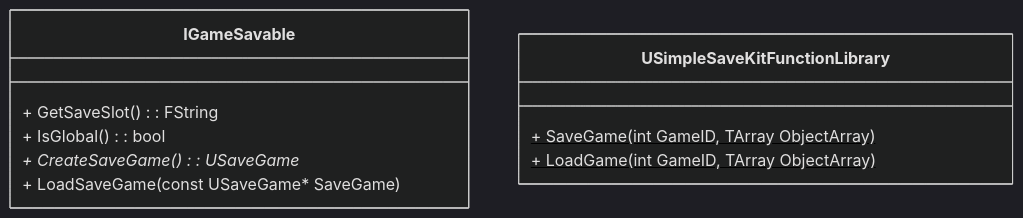
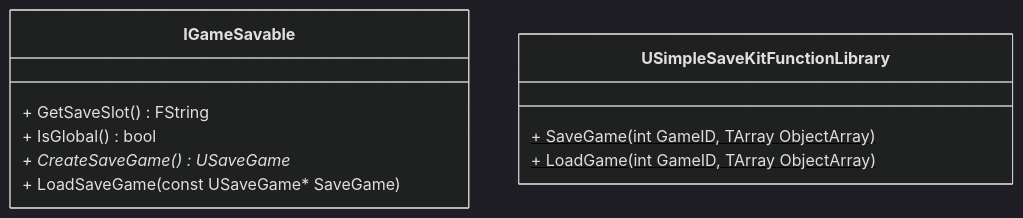
The first of 2 diagrams in _posts/UnrealProject/2025-06-28-SaveGame.md (antae714/antae714.github.io), drawn with Mermaid (dark theme) before and after one commit. The commit also changed other lines of this file and 8 other files, not shown here.

````diff
--- a/_posts/UnrealProject/2025-06-28-SaveGame.md
+++ b/_posts/UnrealProject/2025-06-28-SaveGame.md
@@ -27,14 +27,13 @@
-```mermaid
+``` mermaid
 classDiagram
     class IGameSavable{
-        + GetSaveSlot(): FString
-        + IsGlobal(): bool
-        + CreateSaveGame(): USaveGame*
+        + GetSaveSlot() FString
+        + IsGlobal() bool
+        + CreateSaveGame() USaveGame*
         + LoadSaveGame(const USaveGame* SaveGame)
     }
     class USimpleSaveKitFunctionLibrary{
 		    + SaveGame(int GameID, TArray<UObject*> ObjectArray)$
 		    + LoadGame(int GameID, TArray<UObject*> ObjectArray)$
     }
-    
 ```
````
